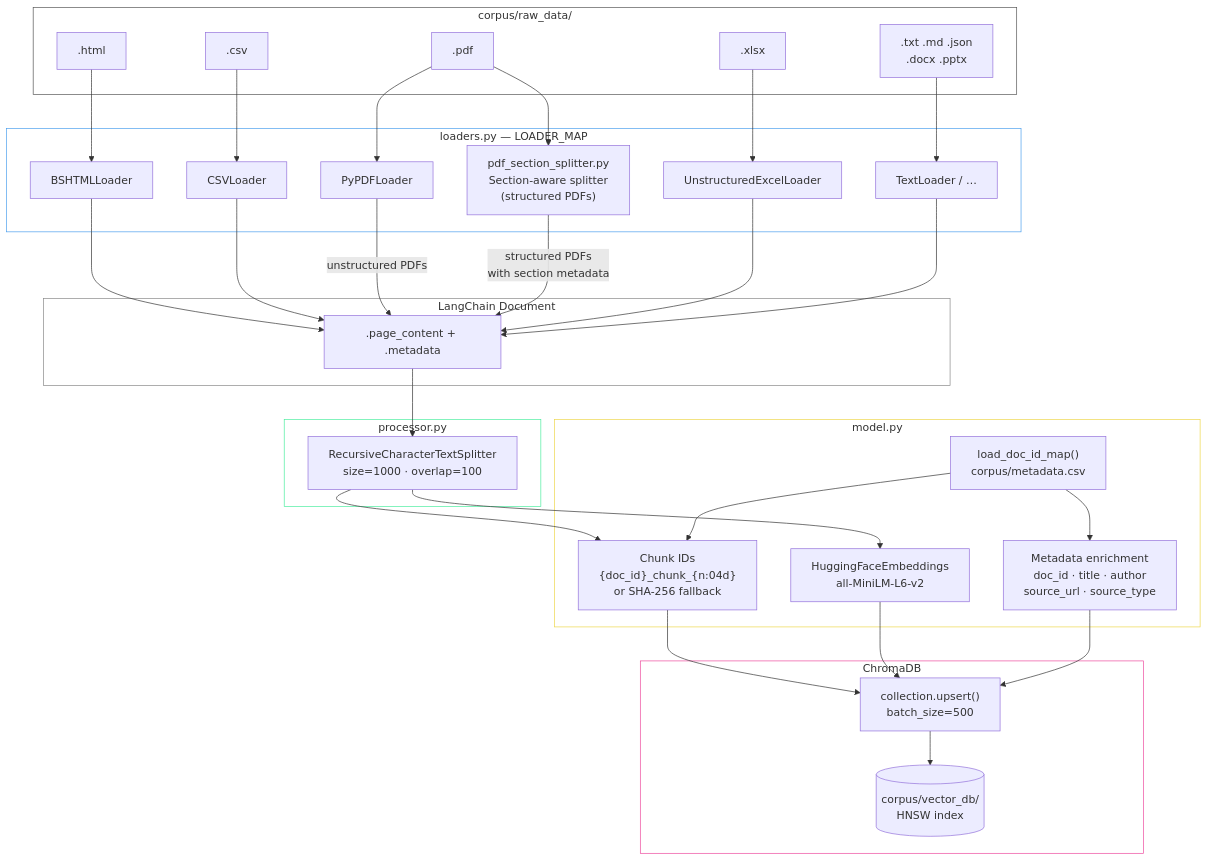
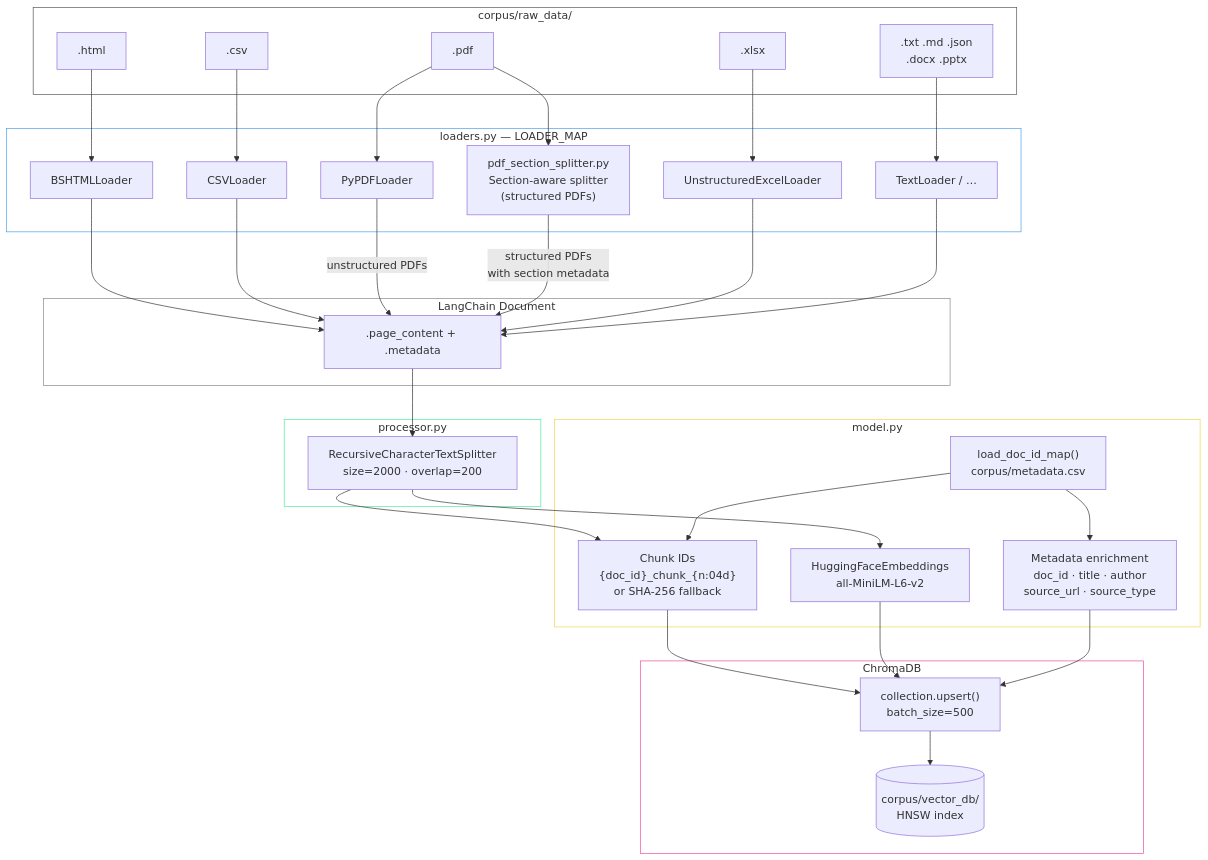
The fourth of 5 diagrams in docs/architecture.md (garthmortensen/rag_v1), drawn with Mermaid before and after one commit. The commit also changed other lines of this file and 8 other files, not shown here.

````diff
--- a/docs/architecture.md
+++ b/docs/architecture.md
@@ -311,70 +314,70 @@
 ```mermaid
 graph TD
     subgraph Input["corpus/raw_data/"]
         HTML[".html"]
         CSVF[".csv"]
         PDF[".pdf"]
         XLSX[".xlsx"]
         OTHER[".txt .md .json<br/>.docx .pptx"]
     end
 
     subgraph Loaders["loaders.py — LOADER_MAP"]
         BS4["BSHTMLLoader"]
         CL["CSVLoader"]
         PY["PyPDFLoader"]
         PYSEC["pdf_section_splitter.py<br/>Section-aware splitter<br/>(structured PDFs)"]
         XL["UnstructuredExcelLoader"]
         OL["TextLoader / …"]
     end
 
     subgraph Documents["LangChain Document"]
         DOC[".page_content + .metadata"]
     end
 
     subgraph Chunking["processor.py"]
-        SPLIT["RecursiveCharacterTextSplitter<br/>size=1000 · overlap=100"]
+        SPLIT["RecursiveCharacterTextSplitter<br/>size=2000 · overlap=200"]
     end
 
     subgraph Embedding["model.py"]
         META2["load_doc_id_map()<br/>corpus/metadata.csv"]
         IDS["Chunk IDs<br/>{doc_id}_chunk_{n:04d}<br/>or SHA-256 fallback"]
         EMB["HuggingFaceEmbeddings<br/>all-MiniLM-L6-v2"]
         ENRICH["Metadata enrichment<br/>doc_id · title · author<br/>source_url · source_type"]
     end
 
     subgraph Storage["ChromaDB"]
         UPSERT["collection.upsert()<br/>batch_size=500"]
         DB[("corpus/vector_db/<br/>HNSW index")]
     end
 
     HTML --> BS4
     CSVF --> CL
     PDF --> PY
     PDF --> PYSEC
     XLSX --> XL
     OTHER --> OL
 
     BS4 --> DOC
     CL --> DOC
     PY -->|"unstructured PDFs"| DOC
     PYSEC -->|"structured PDFs<br/>with section metadata"| DOC
     XL --> DOC
     OL --> DOC
 
     DOC --> SPLIT
     SPLIT --> IDS
     META2 --> IDS
     META2 --> ENRICH
     SPLIT --> EMB
     IDS --> UPSERT
     EMB --> UPSERT
     ENRICH --> UPSERT
     UPSERT --> DB
 
     style Input fill:none,stroke:#555
     style Loaders fill:none,stroke:#4a9eed
     style Documents fill:none,stroke:#888
     style Chunking fill:none,stroke:#4aed9e
     style Embedding fill:none,stroke:#edd74a
     style Storage fill:none,stroke:#ed4a9e
 ```
````
